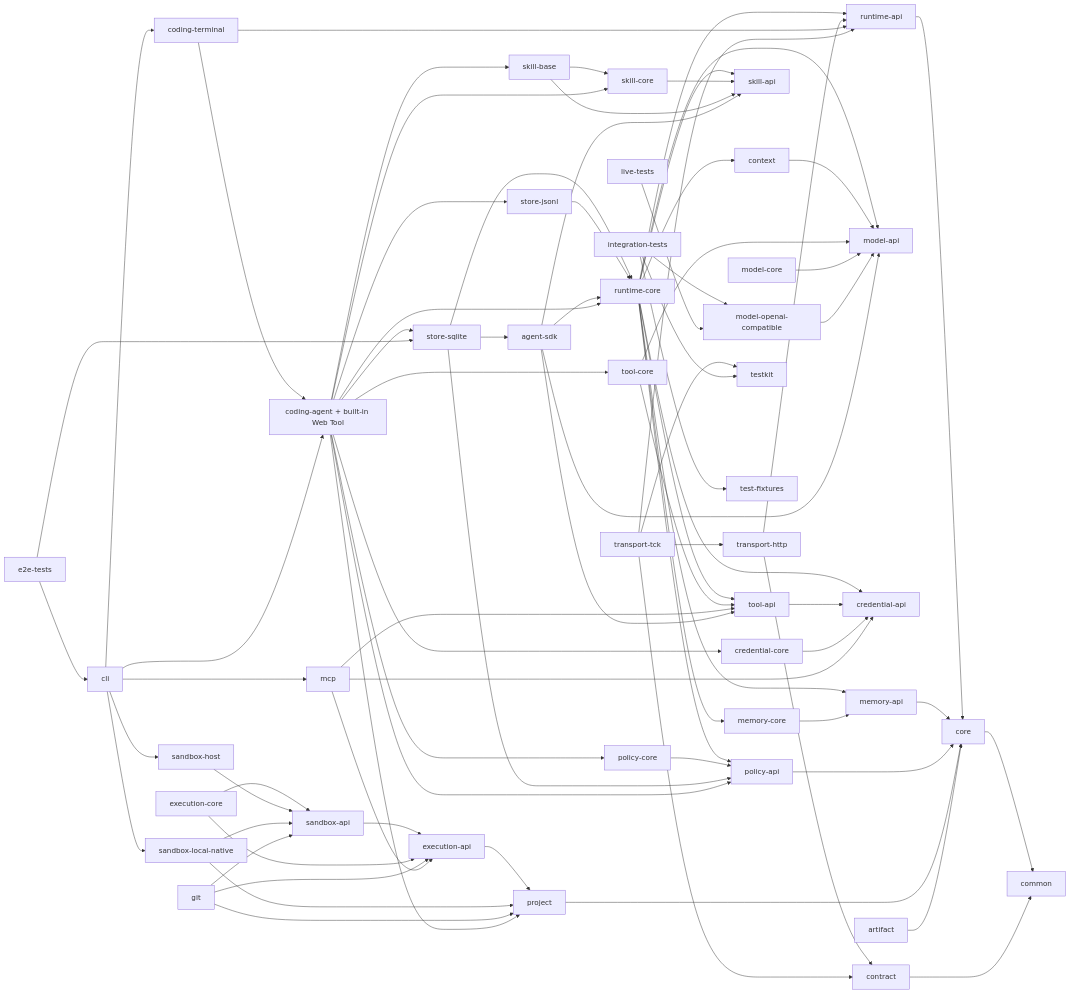
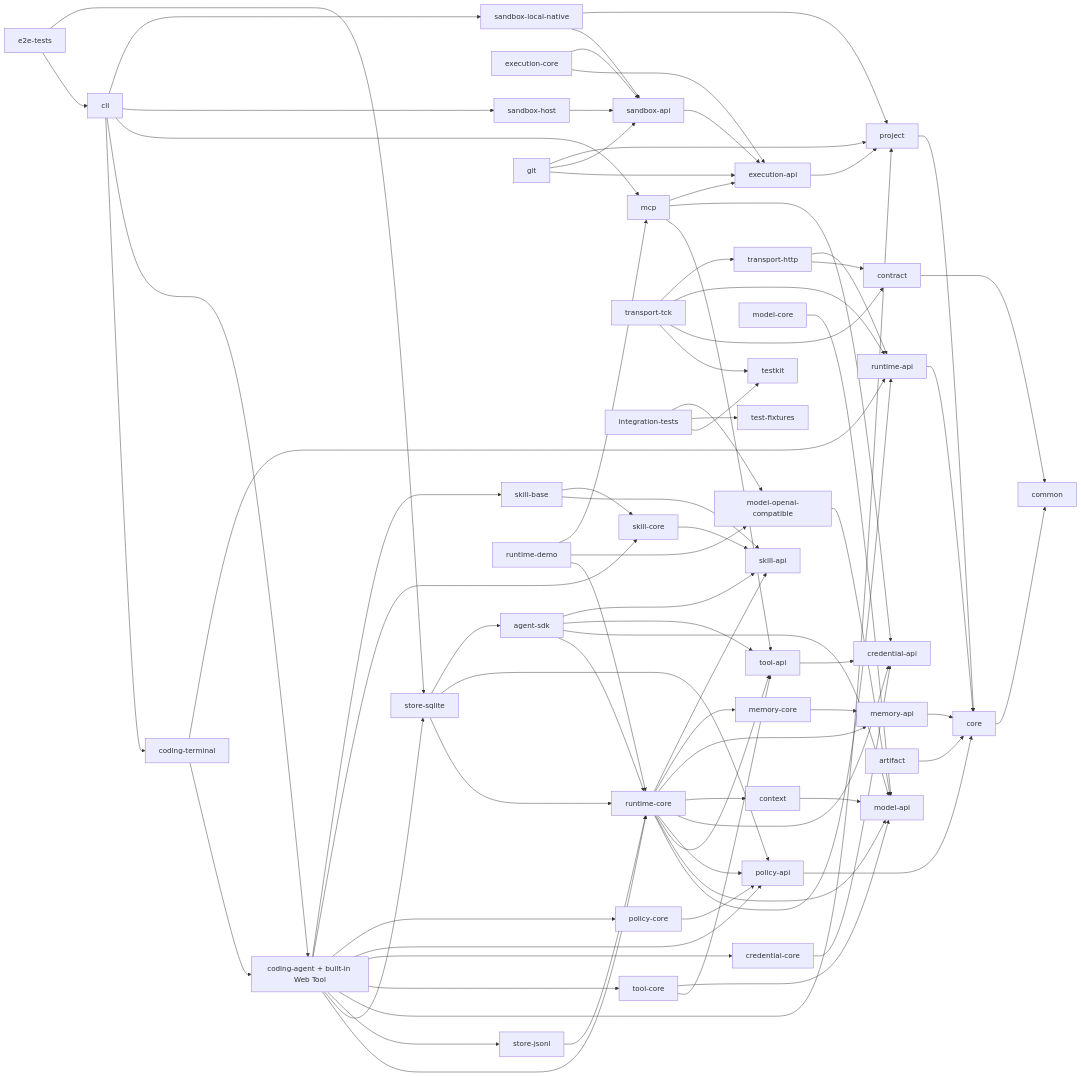
One commit to haifa-agent/haifa-agent changed the diagram in README.md. Above: the diagram before and after it, drawn with Mermaid. The commit also changed other lines of this file and 180 other files, not shown here.

````diff
--- a/README.md
+++ b/README.md
@@ -176,7 +176,9 @@
   ITEST[integration-tests] --> TESTKIT
   ITEST --> FIXTURES
   ITEST --> OAI
-  LIVETEST[live-tests] --> OAI
+  RDEMO[runtime-demo] --> RCORE
+  RDEMO --> OAI
+  RDEMO --> MCP
   E2ETEST[e2e-tests] --> CLI
   E2ETEST --> SQLITE
 ```
````
